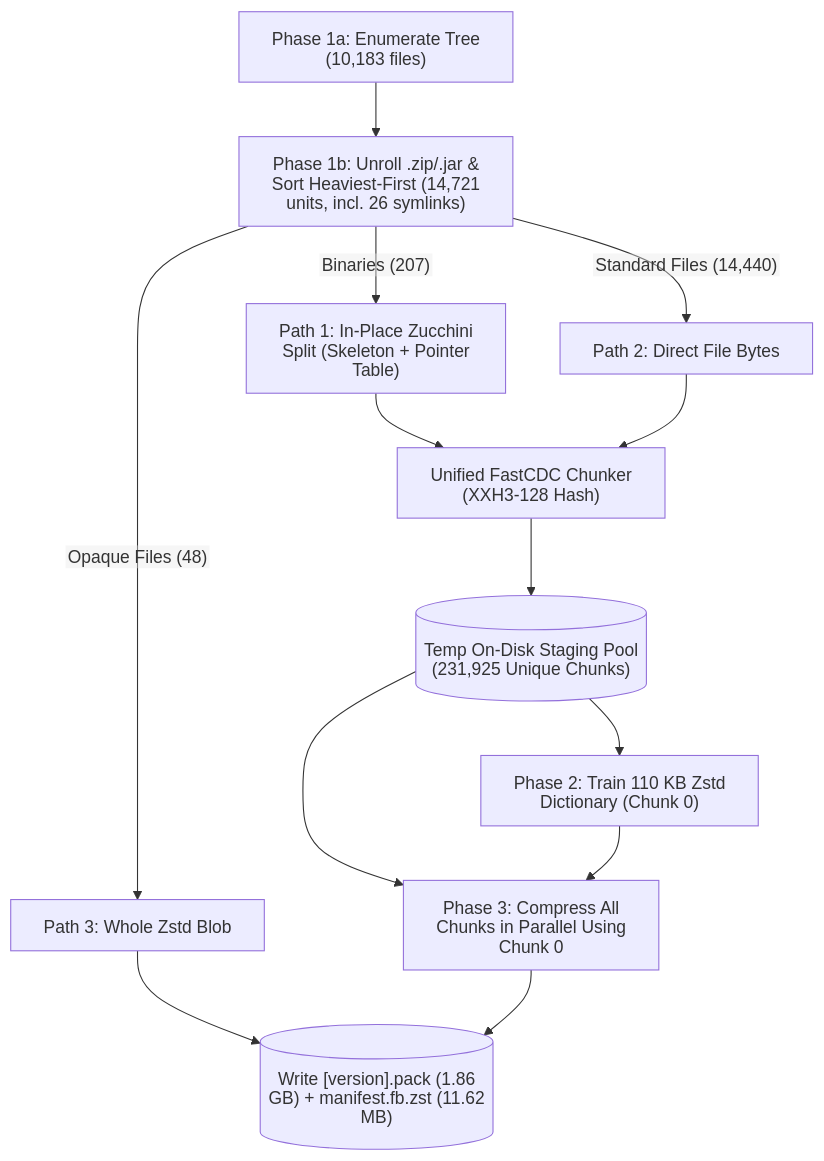
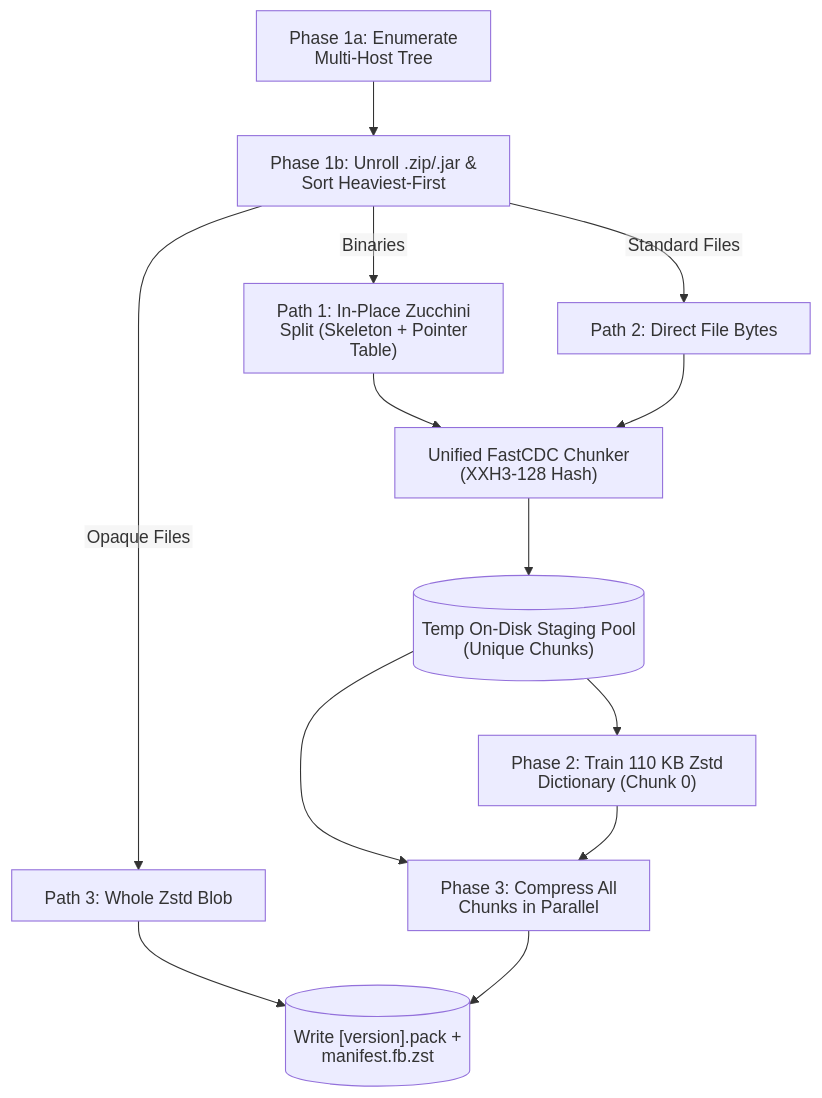
One commit to flutter/rfc changed the first of 2 diagrams in rfc/610.0000-pachunk-content-addressed-patching.md. Above: the diagram before and after it, drawn with Mermaid. The commit also changed other lines of this file, not shown here.

````diff
--- a/rfc/610.0000-pachunk-content-addressed-patching.md
+++ b/rfc/610.0000-pachunk-content-addressed-patching.md
@@ -134,16 +136,16 @@
 ```mermaid
 %%{init: {"htmlLabels": false, "flowchart": {"htmlLabels": false}} }%%
 flowchart TD
-    A["Phase 1a: Enumerate Tree (10,183 files)"] --> B["Phase 1b: Unroll .zip/.jar & Sort Heaviest-First (14,721 units, incl. 26 symlinks)"]
-    B -->|"Binaries (207)"| C["Path 1: In-Place Zucchini Split (Skeleton + Pointer Table)"]
-    B -->|"Standard Files (14,440)"| D["Path 2: Direct File Bytes"]
-    B -->|"Opaque Files (48)"| E["Path 3: Whole Zstd Blob"]
+    A["Phase 1a: Enumerate Multi-Host Tree"] --> B["Phase 1b: Unroll .zip/.jar & Sort Heaviest-First"]
+    B -->|"Binaries"| C["Path 1: In-Place Zucchini Split (Skeleton + Pointer Table)"]
+    B -->|"Standard Files"| D["Path 2: Direct File Bytes"]
+    B -->|"Opaque Files"| E["Path 3: Whole Zstd Blob"]
     C --> F["Unified FastCDC Chunker (XXH3-128 Hash)"]
     D --> F
-    F --> G[("Temp On-Disk Staging Pool (231,925 Unique Chunks)")]
+    F --> G[("Temp On-Disk Staging Pool (Unique Chunks)")]
     G --> H["Phase 2: Train 110 KB Zstd Dictionary (Chunk 0)"]
-    G --> I["Phase 3: Compress All Chunks in Parallel Using Chunk 0"]
+    G --> I["Phase 3: Compress All Chunks in Parallel"]
     H --> I
-    E --> J[("Write [version].pack (1.86 GB) + manifest.fb.zst (11.62 MB)")]
+    E --> J[("Write [version].pack + manifest.fb.zst")]
     I --> J
 ```
````
